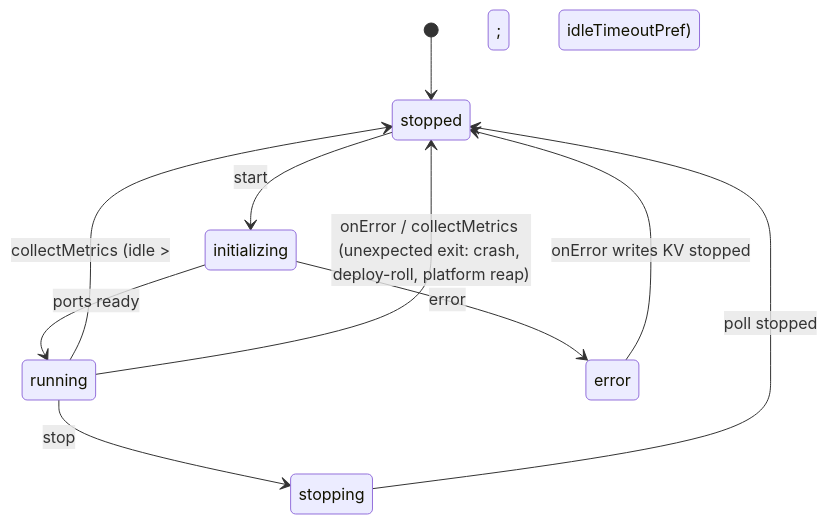
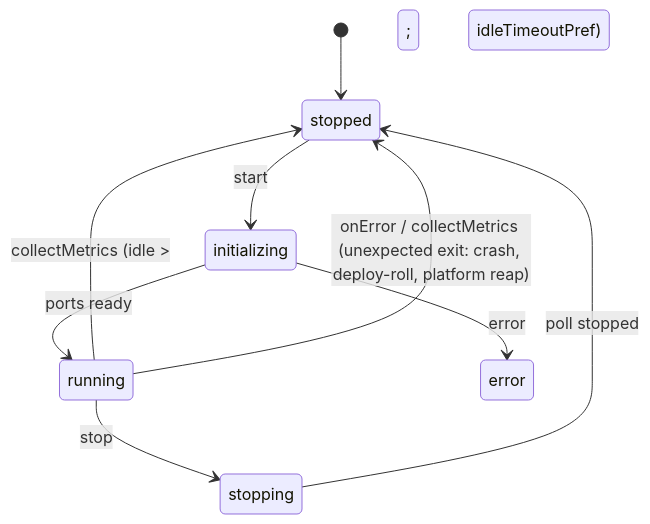
One commit to nikolanovoselec/codeflare changed the fourth of 7 diagrams in documentation/lanes/architecture.md. Above: the diagram before and after it, drawn with Mermaid. The commit also changed other lines of this file and 1 other file, not shown here.

First line of the commit message:
[autonomous] fix: correct state-machine error transition + AD70 AC citation

````diff
--- a/documentation/lanes/architecture.md
+++ b/documentation/lanes/architecture.md
@@ -204,12 +204,11 @@
 ```mermaid
 stateDiagram-v2
     [*] --> stopped
     stopped --> initializing : start
     initializing --> running : ports ready
     initializing --> error : error
     running --> stopping : stop
     stopping --> stopped : poll stopped
     running --> stopped : collectMetrics (idle &gt; idleTimeoutPref)
     running --> stopped : onError / collectMetrics (unexpected exit: crash, deploy-roll, platform reap)
-    error --> stopped : onError writes KV stopped
 ```
````
